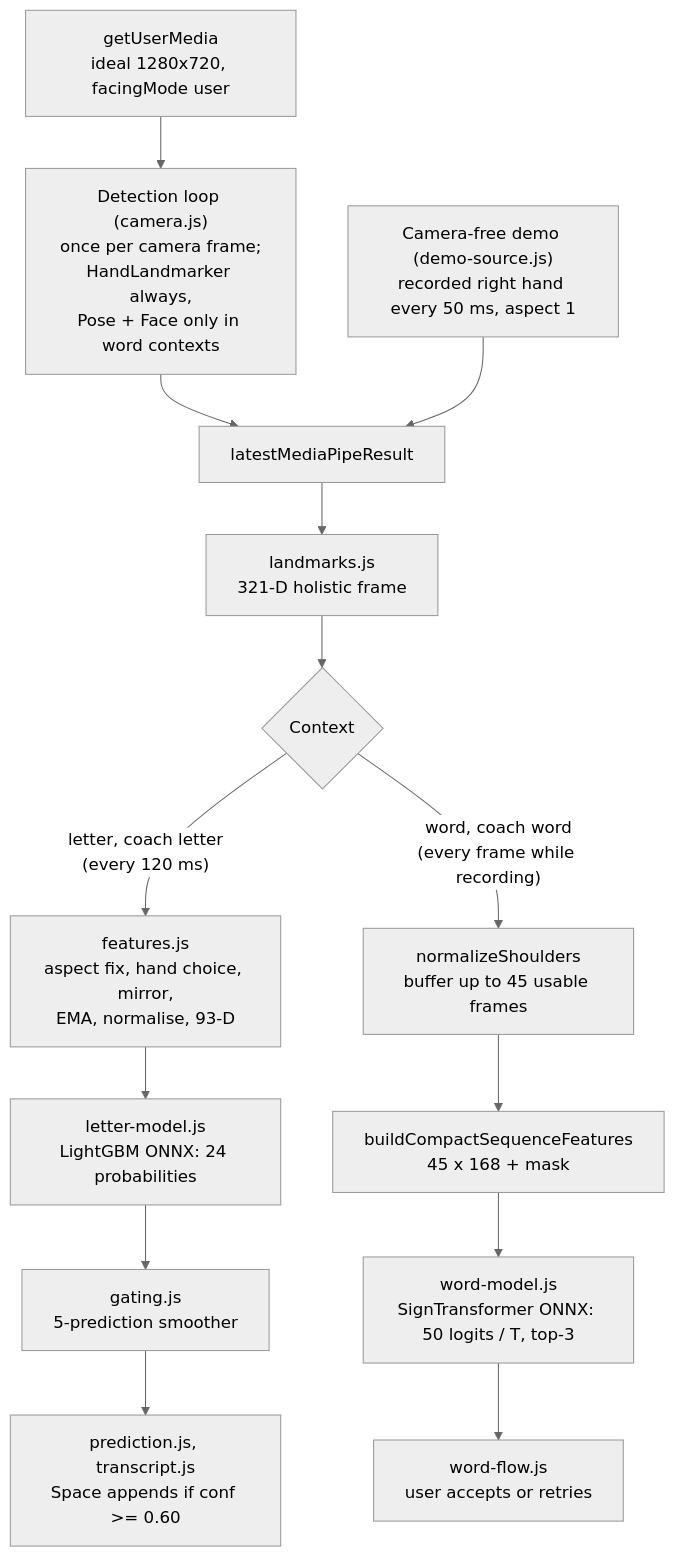
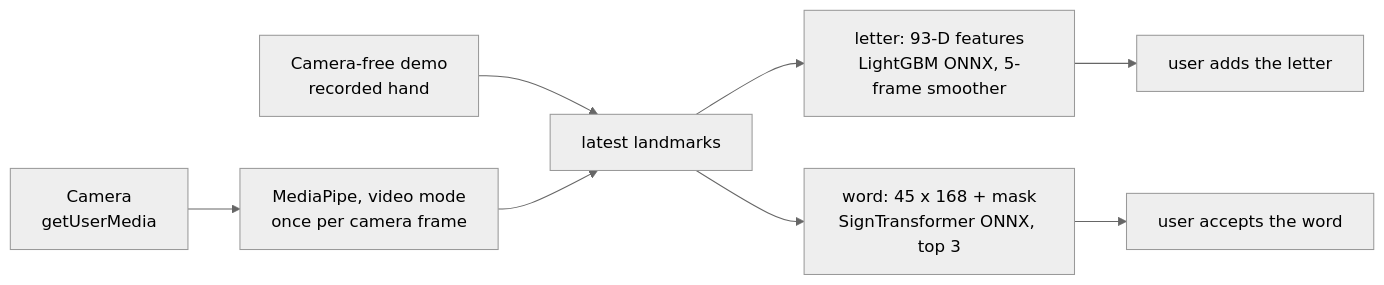
One commit to alimustafaekmen/asl-assistant changed the diagram in TECHNICAL_REPORT.md. Above: the diagram before and after it, drawn with Mermaid (neutral theme). The commit also changed other lines of this file and 142 other files, not shown here.

````diff
--- a/TECHNICAL_REPORT.md
+++ b/TECHNICAL_REPORT.md
@@ -102,16 +27,10 @@
 ```mermaid
-flowchart TD
-  CAM["getUserMedia<br/>ideal 1280x720, facingMode user"] --> DET["Detection loop (camera.js)<br/>once per camera frame;<br/>HandLandmarker always,<br/>Pose + Face only in word contexts"]
-  DET --> RES["latestMediaPipeResult"]
-  DEMO["Camera-free demo (demo-source.js)<br/>recorded right hand every 50 ms, aspect 1"] --> RES
-  RES --> L321["landmarks.js<br/>321-D holistic frame"]
-  L321 --> SPLIT{"Context"}
-  SPLIT -- "letter, coach letter<br/>(every 120 ms)" --> LF["features.js<br/>aspect fix, hand choice, mirror,<br/>EMA, normalise, 93-D"]
-  LF --> LM["letter-model.js<br/>LightGBM ONNX: 24 probabilities"]
-  LM --> SM["gating.js<br/>5-prediction smoother"]
-  SM --> UIL["prediction.js, transcript.js<br/>Space appends if conf >= 0.60"]
-  SPLIT -- "word, coach word<br/>(every frame while recording)" --> SN["normalizeShoulders<br/>buffer up to 45 usable frames"]
-  SN --> WF["buildCompactSequenceFeatures<br/>45 x 168 + mask"]
-  WF --> WM["word-model.js<br/>SignTransformer ONNX: 50 logits / T, top-3"]
-  WM --> UIW["word-flow.js<br/>user accepts or retries"]
+flowchart LR
+  CAM["Camera<br/>getUserMedia"] --> DET["MediaPipe, video mode<br/>once per camera frame"]
+  DEMO["Camera-free demo<br/>recorded hand"] --> RES["latest landmarks"]
+  DET --> RES
+  RES --> L["letter: 93-D features<br/>LightGBM ONNX, 5-frame smoother"]
+  RES --> W["word: 45 x 168 + mask<br/>SignTransformer ONNX, top 3"]
+  L --> U["user adds the letter"]
+  W --> V["user accepts the word"]
 ```
````
